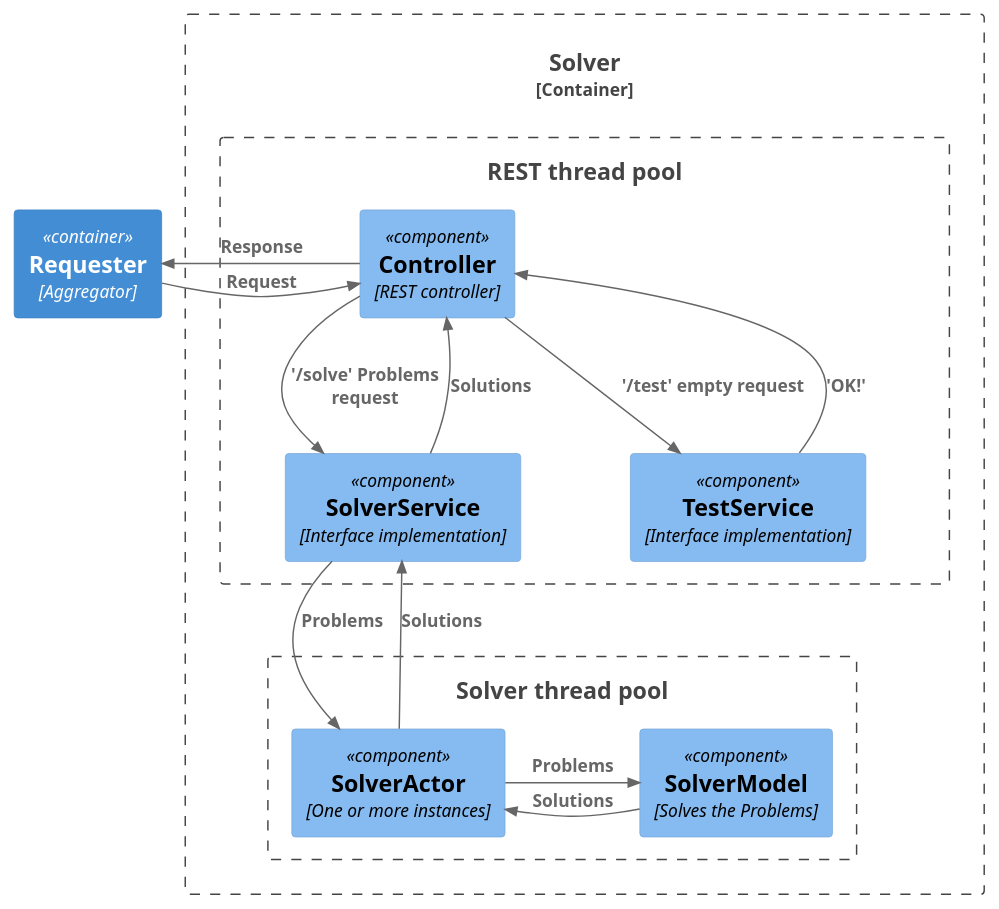
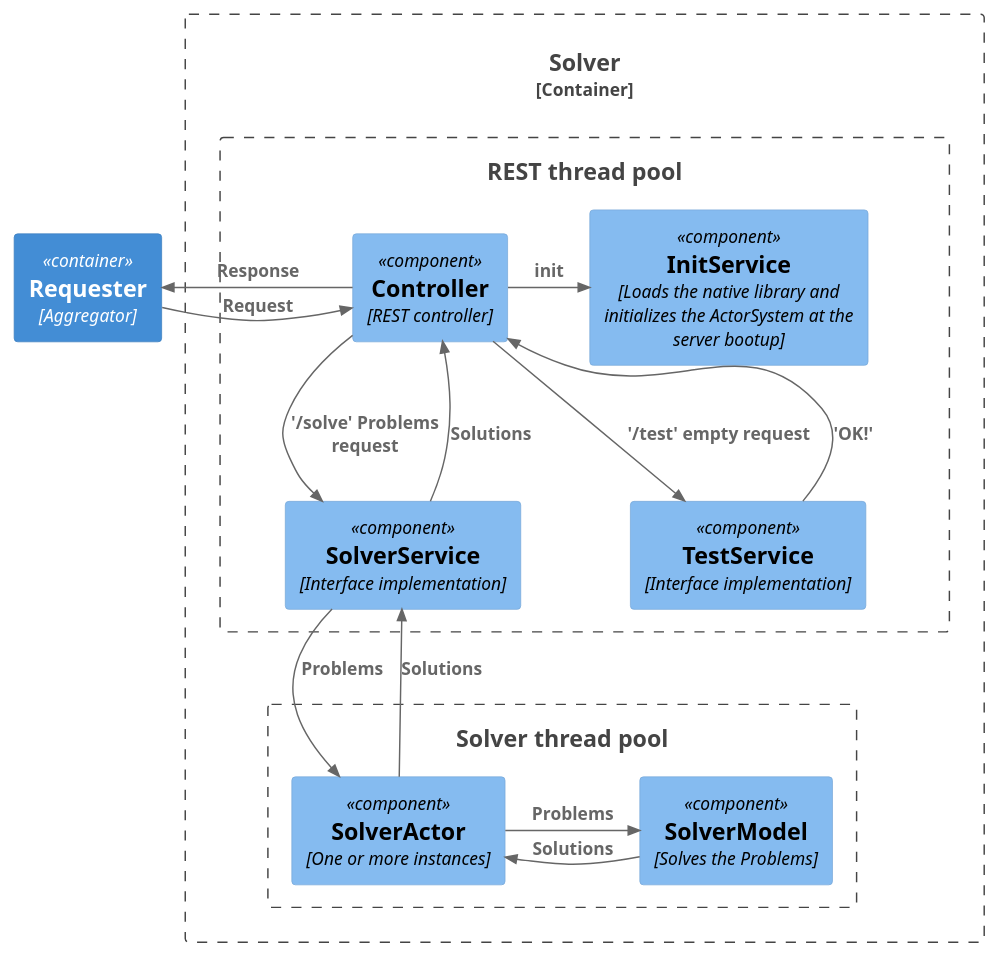
The diagram in doc/res/uml/architecture.puml (HigyedArnold/Master-Thesis), drawn with PlantUML before and after one commit. The commit also changed 6 other files, not shown here.

```diff
--- a/doc/res/uml/architecture.puml
+++ b/doc/res/uml/architecture.puml
@@ -1,48 +1,50 @@
 @startuml architecture
 
 ' System Context & System Landscape diagrams
 '     Import: !includeurl https://raw.githubusercontent.com/RicardoNiepel/C4-PlantUML/release/1-0/C4_Context.puml
 '     Macros: Person, Person_Ext, System, System_Ext, SystemDb, SystemDb_Ext, Boundary, System_Boundary, Enterprise_Boundary
 ' Container diagram
 '     Import: !includeurl https://raw.githubusercontent.com/RicardoNiepel/C4-PlantUML/release/1-0/C4_Container.puml
 '     Additional Macros: Container, ContainerDb, Container_Boundary
 ' Component diagram
 '     Import: !includeurl https://raw.githubusercontent.com/RicardoNiepel/C4-PlantUML/release/1-0/C4_Component.puml
 '     Additional Macros: Component, ComponentDb
 '
 ' OBS: include only the Component diagram since it contains all other diagrams;
 
 !includeurl https://raw.githubusercontent.com/RicardoNiepel/C4-PlantUML/release/1-0/C4_Component.puml
 
 ' title Solver architecture
 
 Container(requester, "Requester", "Aggregator")
 
 Container_Boundary(solver, "Solver") {
     Boundary(restThreadPool, "REST thread pool") {
         Component(controller, "Controller", "REST controller")
         Component(solverService, "SolverService", "Interface implementation")
         Component(testService, "TestService", "Interface implementation")
+        Component(initService, "InitService", "Loads the native library and initializes the ActorSystem at the server bootup")
     }
 
     Boundary(solverThreadPool, "Solver thread pool") {
         Component(solverActor, "SolverActor", "One or more instances")
         Component(solverModel, "SolverModel", "Solves the Problems")
     }
 }
 
 Rel_R(requester, controller, "Request")
 Rel_L(controller, requester, "Response")
 
+Rel_R(controller, initService, "init")
 Rel_D(controller, testService, "'/test' empty request")
 Rel_U(testService, controller, "'OK!'")
 Rel_D(controller, solverService, "'/solve' Problems request")
 Rel_U(solverService, controller, "Solutions")
 
 Rel_D(solverService, solverActor, "Problems")
 Rel_U(solverActor, solverService, "Solutions")
 
 Rel_R(solverActor, solverModel, "Problems")
 Rel_L(solverModel, solverActor, "Solutions")
 
 @enduml
```
